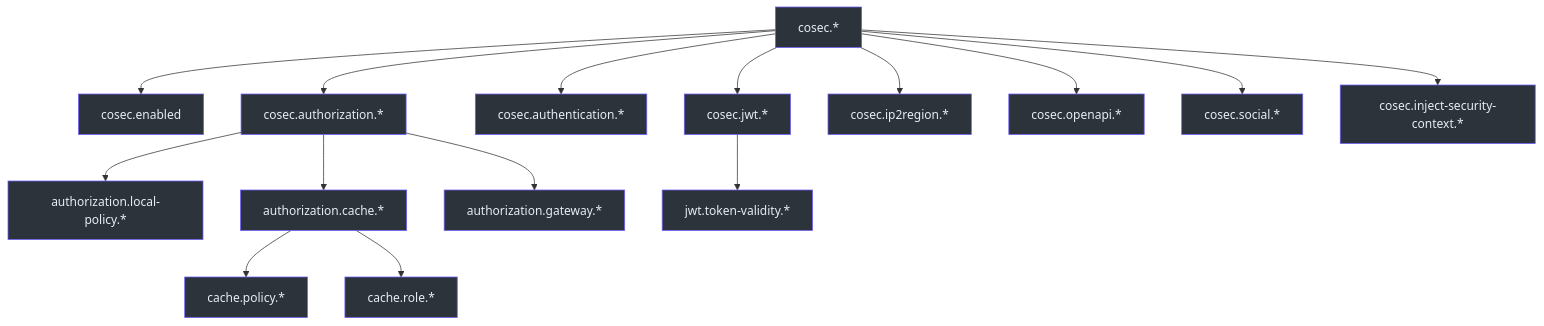
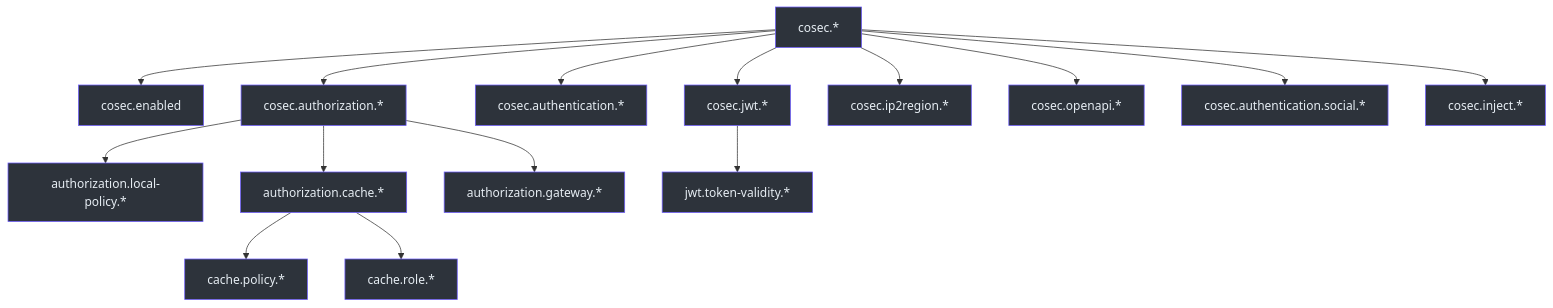
The first of 3 diagrams in wiki/getting-started/configuration.md (Ahoo-Wang/CoSec), drawn with Mermaid before and after one commit. The commit also changed other lines of this file and 59 other files, not shown here.

````diff
--- a/wiki/getting-started/configuration.md
+++ b/wiki/getting-started/configuration.md
@@ -14,36 +14,36 @@
 ```mermaid
 flowchart TD
     ROOT["cosec.*"] --> MAIN["cosec.enabled"]
     ROOT --> JWT["cosec.jwt.*"]
     ROOT --> AUTHN["cosec.authentication.*"]
     ROOT --> AUTHZ["cosec.authorization.*"]
     ROOT --> IP2R["cosec.ip2region.*"]
     ROOT --> OPENAPI["cosec.openapi.*"]
-    ROOT --> SOCIAL["cosec.social.*"]
-    ROOT --> INJECT["cosec.inject-security-context.*"]
+    ROOT --> SOCIAL["cosec.authentication.social.*"]
+    ROOT --> INJECT["cosec.inject.*"]
 
     AUTHZ --> LP["authorization.local-policy.*"]
     AUTHZ --> CACHE["authorization.cache.*"]
     AUTHZ --> GW["authorization.gateway.*"]
 
     JWT --> TV["jwt.token-validity.*"]
     CACHE --> CP["cache.policy.*"]
     CACHE --> CR["cache.role.*"]
 
     style ROOT fill:#2d333b,stroke:#6d5dfc,color:#e6edf3
     style MAIN fill:#2d333b,stroke:#6d5dfc,color:#e6edf3
     style JWT fill:#2d333b,stroke:#6d5dfc,color:#e6edf3
     style AUTHN fill:#2d333b,stroke:#6d5dfc,color:#e6edf3
     style AUTHZ fill:#2d333b,stroke:#6d5dfc,color:#e6edf3
     style IP2R fill:#2d333b,stroke:#6d5dfc,color:#e6edf3
     style OPENAPI fill:#2d333b,stroke:#6d5dfc,color:#e6edf3
     style SOCIAL fill:#2d333b,stroke:#6d5dfc,color:#e6edf3
     style INJECT fill:#2d333b,stroke:#6d5dfc,color:#e6edf3
     style LP fill:#2d333b,stroke:#6d5dfc,color:#e6edf3
     style CACHE fill:#2d333b,stroke:#6d5dfc,color:#e6edf3
     style GW fill:#2d333b,stroke:#6d5dfc,color:#e6edf3
     style TV fill:#2d333b,stroke:#6d5dfc,color:#e6edf3
     style CP fill:#2d333b,stroke:#6d5dfc,color:#e6edf3
     style CR fill:#2d333b,stroke:#6d5dfc,color:#e6edf3
 
 ```
````
